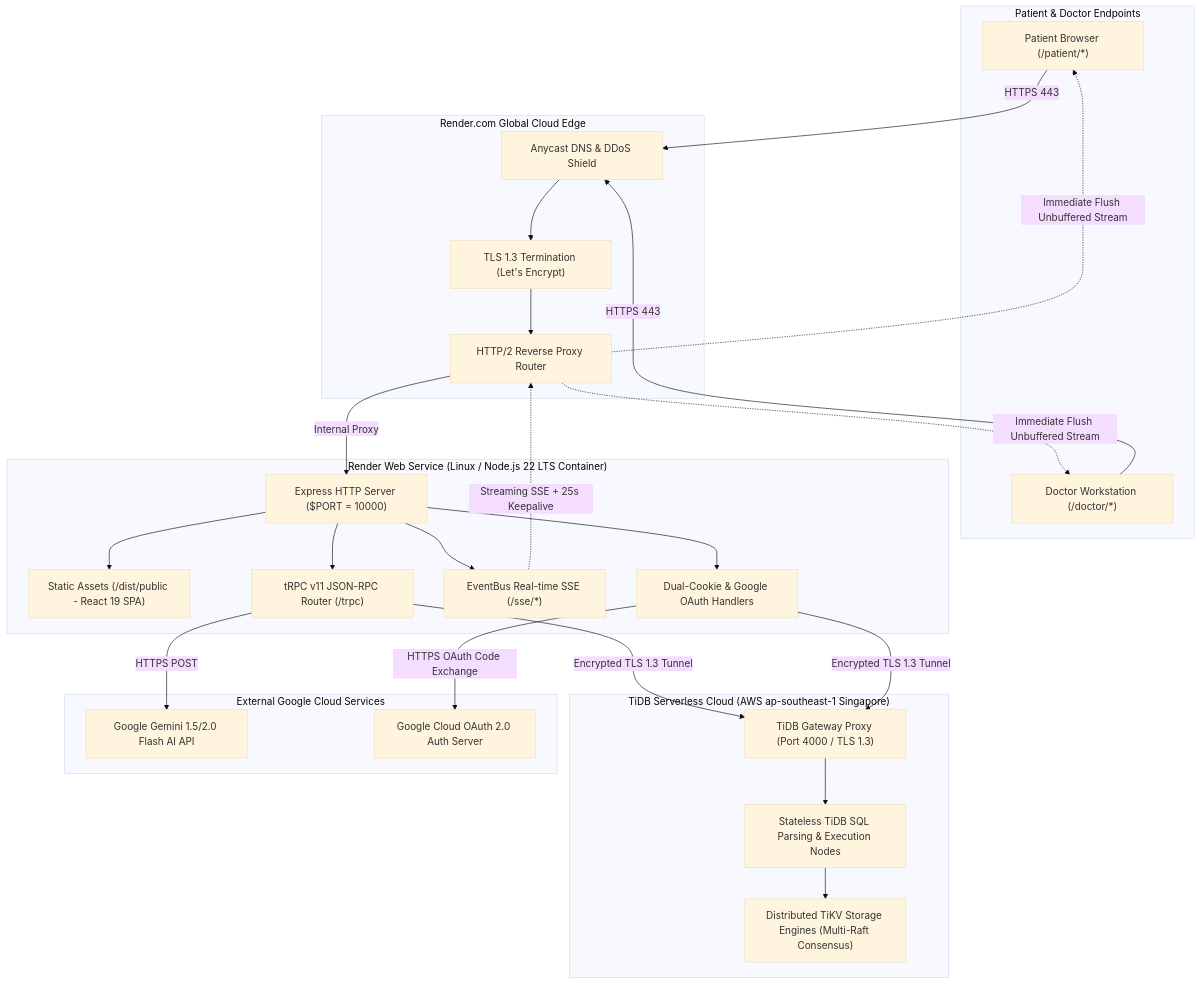
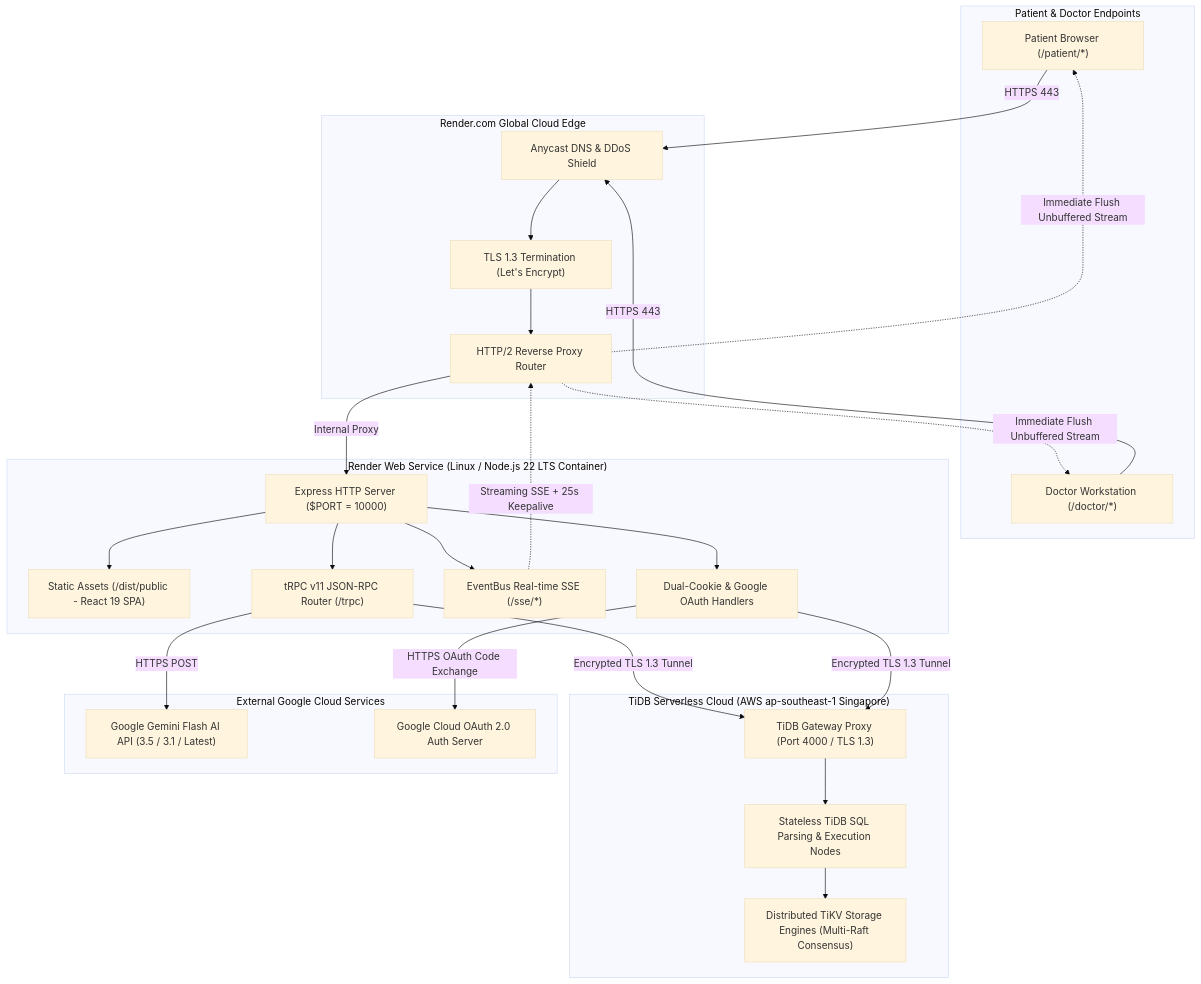
Before and after one commit to SarthakMandhare34/New-LifeLink-Smart-Healthcare-Assistance-Platform: the ninth of 9 diagrams in SYSTEM_DIAGRAMS.md, drawn with Mermaid (base theme). The commit also changed 5 other files, not shown here.

````diff
--- a/SYSTEM_DIAGRAMS.md
+++ b/SYSTEM_DIAGRAMS.md
@@ -488,55 +488,55 @@
 ```mermaid
 graph TB
     subgraph Clients["Patient & Doctor Endpoints"]
         PatBrowser["Patient Browser (/patient/*)"]
         DocBrowser["Doctor Workstation (/doctor/*)"]
     end
 
     subgraph RenderEdge["Render.com Global Cloud Edge"]
         Anycast["Anycast DNS & DDoS Shield"]
         TLS["TLS 1.3 Termination (Let's Encrypt)"]
         RevProxy["HTTP/2 Reverse Proxy Router"]
     end
 
     subgraph RenderContainer["Render Web Service (Linux / Node.js 22 LTS Container)"]
         Express["Express HTTP Server ($PORT = 10000)"]
         StaticVite["Static Assets (/dist/public - React 19 SPA)"]
         tRPCRouter["tRPC v11 JSON-RPC Router (/trpc)"]
         SSEBus["EventBus Real-time SSE (/sse/*)"]
         AuthHandler["Dual-Cookie & Google OAuth Handlers"]
     end
 
     subgraph TiDBCloud["TiDB Serverless Cloud (AWS ap-southeast-1 Singapore)"]
         TiDBGate["TiDB Gateway Proxy (Port 4000 / TLS 1.3)"]
         TiDBSQL["Stateless TiDB SQL Parsing & Execution Nodes"]
         TiKVStorage["Distributed TiKV Storage Engines (Multi-Raft Consensus)"]
     end
 
     subgraph GoogleCloud["External Google Cloud Services"]
-        GeminiAI["Google Gemini 1.5/2.0 Flash AI API"]
+        GeminiAI["Google Gemini Flash AI API (3.5 / 3.1 / Latest)"]
         GoogleOAuth["Google Cloud OAuth 2.0 Auth Server"]
     end
 
     PatBrowser -->|HTTPS 443| Anycast
     DocBrowser -->|HTTPS 443| Anycast
     Anycast --> TLS
     TLS --> RevProxy
     RevProxy -->|Internal Proxy| Express
 
     Express --> StaticVite
     Express --> tRPCRouter
     Express --> SSEBus
     Express --> AuthHandler
 
     tRPCRouter -->|Encrypted TLS 1.3 Tunnel| TiDBGate
     AuthHandler -->|Encrypted TLS 1.3 Tunnel| TiDBGate
     TiDBGate --> TiDBSQL
     TiDBSQL --> TiKVStorage
 
     tRPCRouter -->|HTTPS POST| GeminiAI
     AuthHandler -->|HTTPS OAuth Code Exchange| GoogleOAuth
 
     SSEBus -.->|Streaming SSE + 25s Keepalive| RevProxy
     RevProxy -.->|Immediate Flush Unbuffered Stream| PatBrowser
     RevProxy -.->|Immediate Flush Unbuffered Stream| DocBrowser
 ```
````
